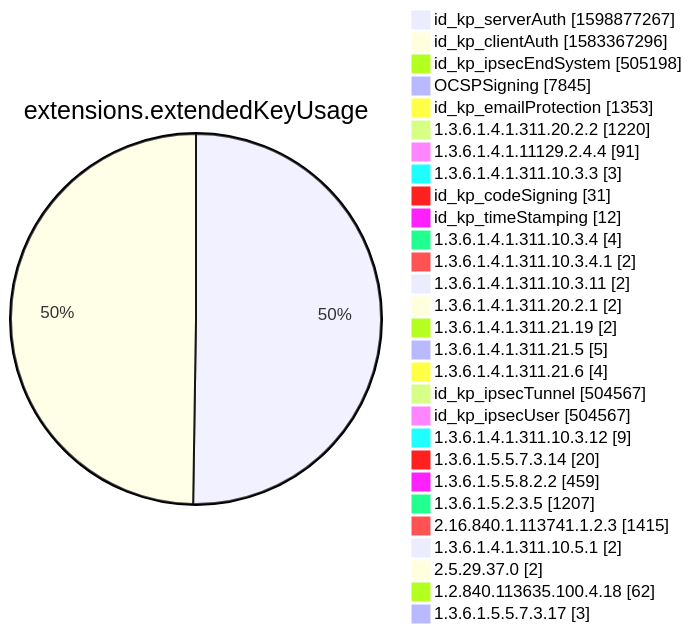
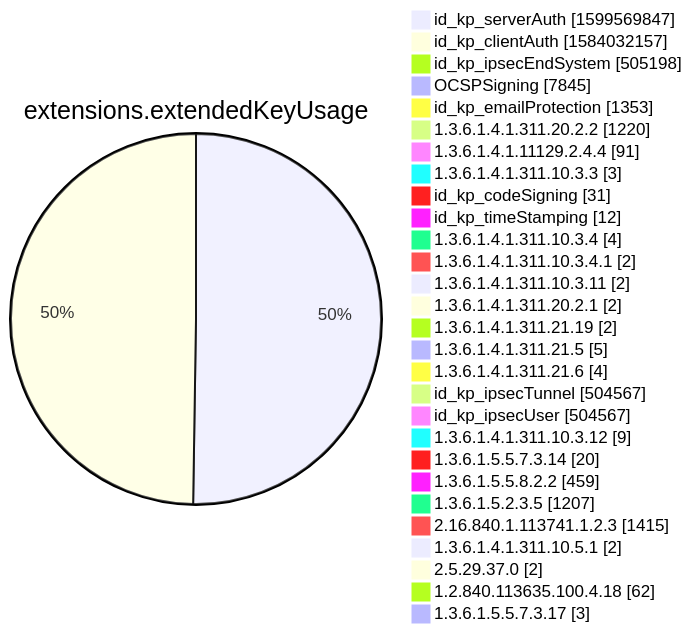
Diagram 12 of 15 in xenon2022/README.md (christiankrug/ctmonitor_visualization), drawn with Mermaid before and after one commit. The commit also changed other lines of this file, not shown here.

````diff
--- a/xenon2022/README.md
+++ b/xenon2022/README.md
@@ -3885,32 +3885,32 @@
 ```mermaid
 pie showData
 title extensions.extendedKeyUsage
-"id_kp_serverAuth" :1598877267
-"id_kp_clientAuth" :1583367296
+"id_kp_serverAuth" :1599569847
+"id_kp_clientAuth" :1584032157
 "id_kp_ipsecEndSystem" :505198
 "OCSPSigning" :7845
 "id_kp_emailProtection" :1353
 "1.3.6.1.4.1.311.20.2.2" :1220
 "1.3.6.1.4.1.11129.2.4.4" :91
 "1.3.6.1.4.1.311.10.3.3" :3
 "id_kp_codeSigning" :31
 "id_kp_timeStamping" :12
 "1.3.6.1.4.1.311.10.3.4" :4
 "1.3.6.1.4.1.311.10.3.4.1" :2
 "1.3.6.1.4.1.311.10.3.11" :2
 "1.3.6.1.4.1.311.20.2.1" :2
 "1.3.6.1.4.1.311.21.19" :2
 "1.3.6.1.4.1.311.21.5" :5
 "1.3.6.1.4.1.311.21.6" :4
 "id_kp_ipsecTunnel" :504567
 "id_kp_ipsecUser" :504567
 "1.3.6.1.4.1.311.10.3.12" :9
 "1.3.6.1.5.5.7.3.14" :20
 "1.3.6.1.5.5.8.2.2" :459
 "1.3.6.1.5.2.3.5" :1207
 "2.16.840.1.113741.1.2.3" :1415
 "1.3.6.1.4.1.311.10.5.1" :2
 "2.5.29.37.0" :2
 "1.2.840.113635.100.4.18" :62
 "1.3.6.1.5.5.7.3.17" :3
 ```
````
